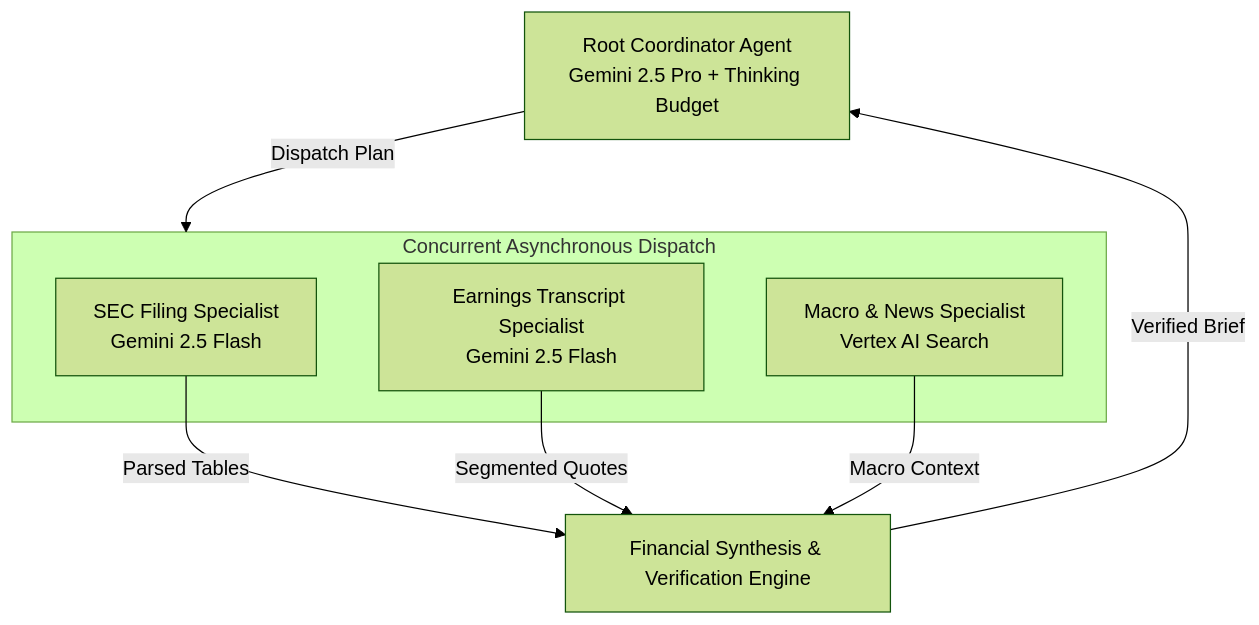
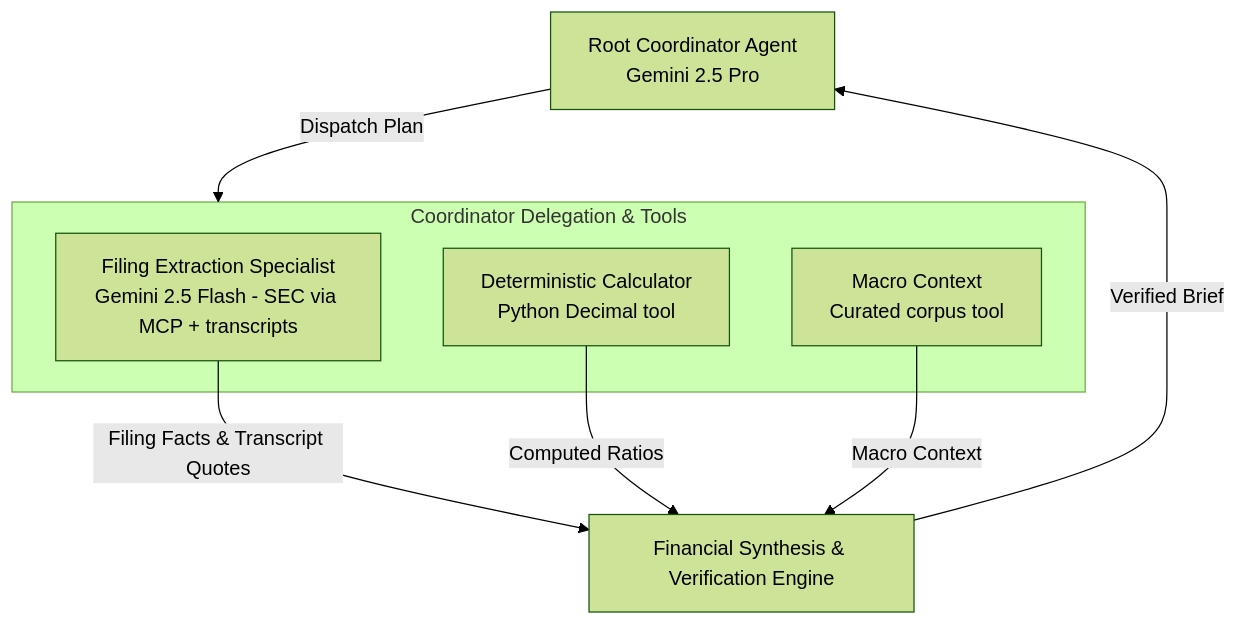
The diagram in docs/adrs/ADR-001-multi-agent-hierarchical-orchestration.md (Ignotus-21/Finance-Agent---Investment-Research-Agent), drawn with Mermaid (forest theme) before and after one commit. The commit also changed other lines of this file and 27 other files, not shown here.

````diff
--- a/docs/adrs/ADR-001-multi-agent-hierarchical-orchestration.md
+++ b/docs/adrs/ADR-001-multi-agent-hierarchical-orchestration.md
@@ -45,18 +45,18 @@
 ```mermaid
 graph TD
-    Root[Root Coordinator Agent<br/>Gemini 2.5 Pro + Thinking Budget]
+    Root[Root Coordinator Agent<br/>Gemini 2.5 Pro]
 
-    subgraph ParallelExecution [Concurrent Asynchronous Dispatch]
-        SEC[SEC Filing Specialist<br/>Gemini 2.5 Flash]
-        Trans[Earnings Transcript Specialist<br/>Gemini 2.5 Flash]
-        Macro[Macro & News Specialist<br/>Vertex AI Search]
+    subgraph ParallelExecution [Coordinator Delegation & Tools]
+        SEC[Filing Extraction Specialist<br/>Gemini 2.5 Flash - SEC via MCP + transcripts]
+        Trans[Deterministic Calculator<br/>Python Decimal tool]
+        Macro[Macro Context<br/>Curated corpus tool]
     end
 
     Synth[Financial Synthesis & Verification Engine]
 
     Root -->|Dispatch Plan| ParallelExecution
-    SEC -->|Parsed Tables| Synth
-    Trans -->|Segmented Quotes| Synth
+    SEC -->|Filing Facts & Transcript Quotes| Synth
+    Trans -->|Computed Ratios| Synth
     Macro -->|Macro Context| Synth
     Synth -->|Verified Brief| Root
 ```
````
